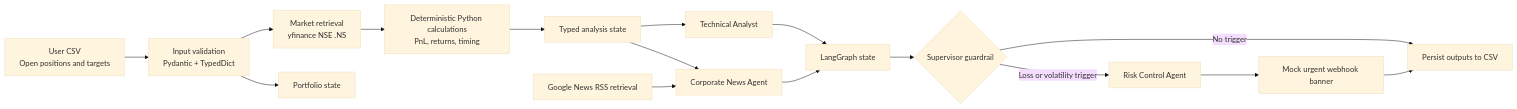
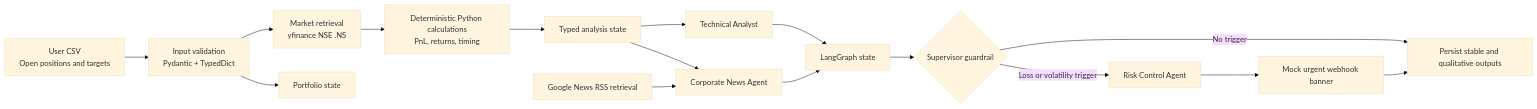
One commit to joshigauravj-ops/MudraSenseAI changed the first of 2 diagrams in ARCHITECTURE.md. Above: the diagram before and after it, drawn with Mermaid (base theme). The commit also changed other lines of this file and 8 other files, not shown here.

````diff
--- a/ARCHITECTURE.md
+++ b/ARCHITECTURE.md
@@ -19,18 +19,18 @@
 ```mermaid
 flowchart LR
     U[User CSV\nOpen positions and targets] --> V[Input validation\nPydantic + TypedDict]
     V --> M[Market retrieval\nyfinance NSE .NS]
     V --> P[Portfolio state]
     M --> C[Deterministic Python calculations\nPnL, returns, timing]
     C --> S[Typed analysis state]
     S --> T[Technical Analyst]
     S --> N[Corporate News Agent]
     N1[Google News RSS retrieval] --> N
     T --> G[LangGraph state]
     N --> G
     G --> R{Supervisor guardrail}
-    R -->|No trigger| O[Persist outputs to CSV]
+    R -->|No trigger| O[Persist stable and qualitative outputs]
     R -->|Loss or volatility trigger| K[Risk Control Agent]
     K --> W[Mock urgent webhook banner]
     W --> O
 ```
````
